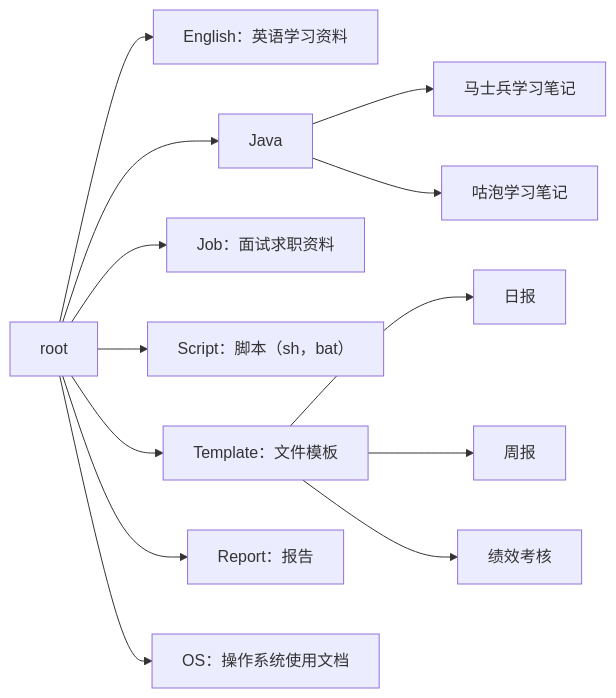
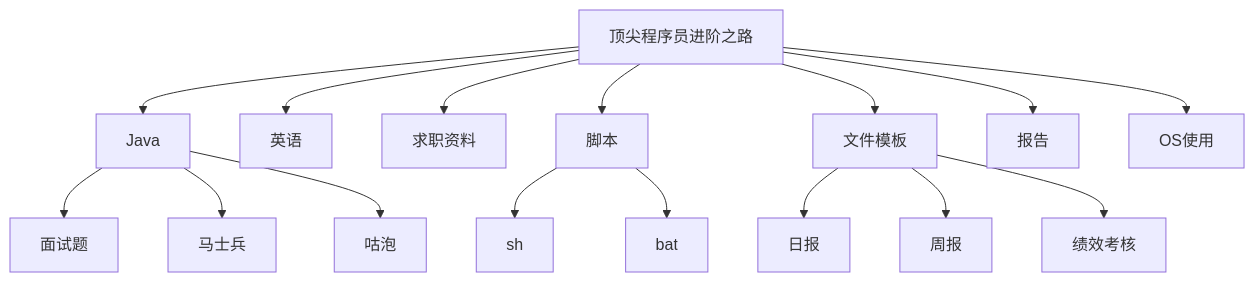
The second of 2 diagrams in README.md (namelessmyth/beFreeCoder), drawn with Mermaid before and after one commit. The commit also changed other lines of this file and 23 other files, not shown here.

````diff
--- a/README.md
+++ b/README.md
@@ -14,22 +57,27 @@
 ```mermaid
-flowchart LR
+flowchart TB
 
-root-->English["English：英语学习资料"]
+root[顶尖程序员进阶之路]
 
 root-->Java["Java"]
-Java-->mashibing[马士兵学习笔记]
-Java-->gupao[咕泡学习笔记]
+Java-->面试题
+Java-->mashibing[马士兵]
+Java-->gupao[咕泡]
 
-root-->Job["Job：面试求职资料"]
-root-->Script["Script：脚本（sh，bat）"]
+root-->English["英语"]
 
-root-->Template["Template：文件模板"]
+root-->Job["求职资料"]
+root-->Script["脚本"]
+Script-->sh
+Script-->bat
+
+root-->Template["文件模板"]
 Template-->日报
 Template-->周报
 Template-->绩效考核
 
-root-->Report["Report：报告"]
-root-->os["OS：操作系统使用文档"]
+root-->Report["报告"]
+root-->os["OS使用"]
 
 
 ```
````
